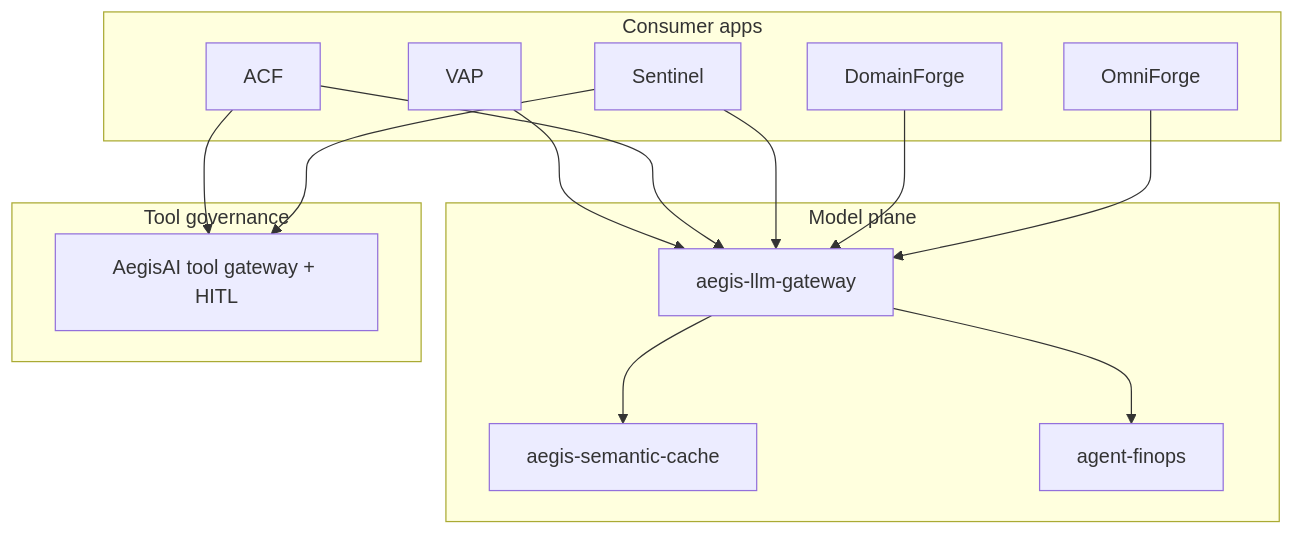
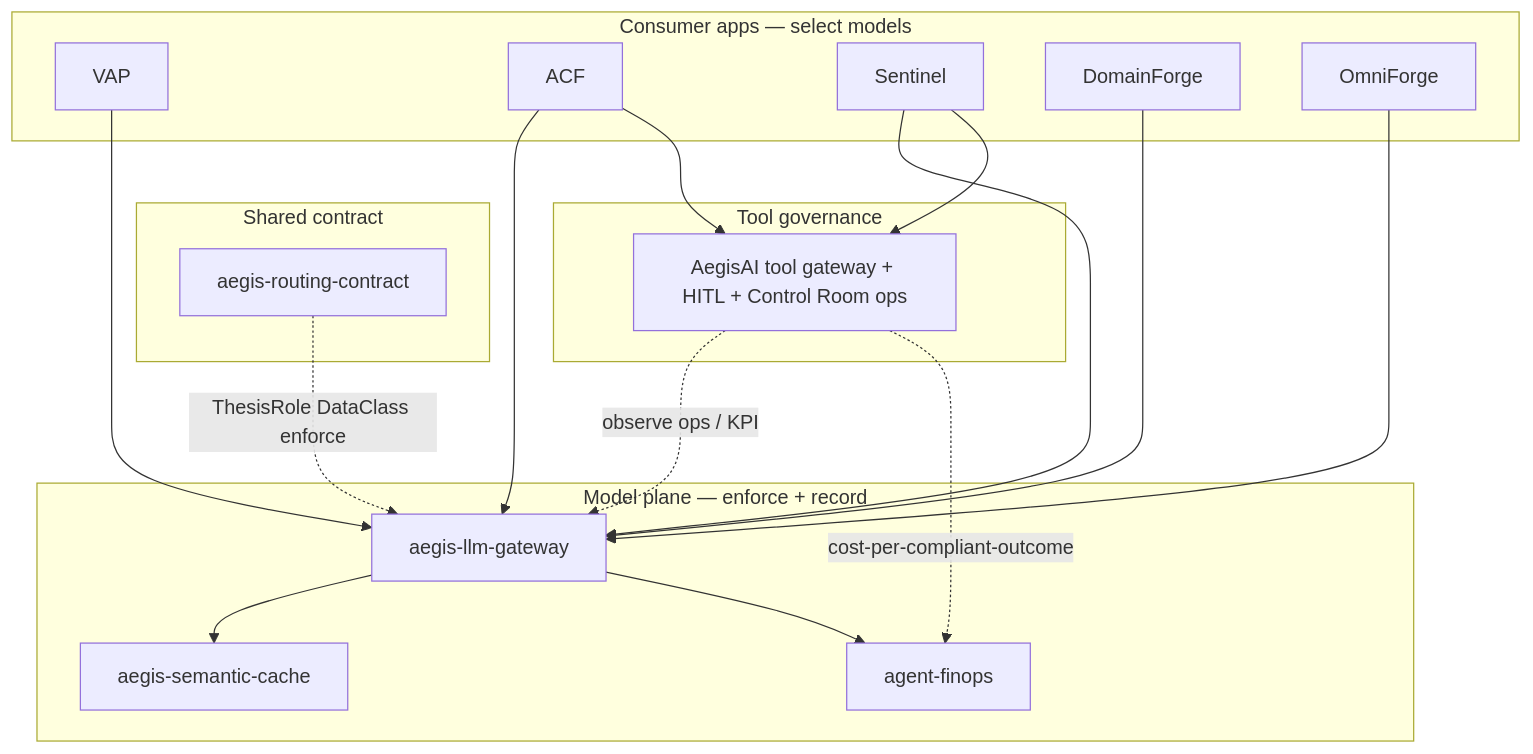
One commit to vpeetla-ai/ai-architecture-portfolio changed the first of 2 diagrams in README.md. Above: the diagram before and after it, drawn with Mermaid. The commit also changed other lines of this file and 4 other files, not shown here.

Commit message:
Document live LLM plane URLs and ADR-029 federated diagram.

````diff
--- a/README.md
+++ b/README.md
@@ -69,27 +72,33 @@
 ```mermaid
 flowchart TB
-  subgraph Apps["Consumer apps"]
+  subgraph Apps["Consumer apps — select models"]
     VAP[VAP]
     ACF[ACF]
     SB[Sentinel]
     DF[DomainForge]
     OF[OmniForge]
   end
-  subgraph ModelPlane["Model plane"]
+  subgraph Contract["Shared contract"]
+    RC[aegis-routing-contract]
+  end
+  subgraph ModelPlane["Model plane — enforce + record"]
     GW[aegis-llm-gateway]
     CACHE[aegis-semantic-cache]
     FIN[agent-finops]
   end
   subgraph ToolPlane["Tool governance"]
-    AEGIS[AegisAI tool gateway + HITL]
+    AEGIS[AegisAI tool gateway + HITL + Control Room ops]
   end
   VAP --> GW
   ACF --> GW
   SB --> GW
   DF --> GW
   OF --> GW
+  RC -.->|ThesisRole DataClass enforce| GW
   GW --> CACHE
   GW --> FIN
+  AEGIS -.->|observe ops / KPI| GW
+  AEGIS -.->|cost-per-compliant-outcome| FIN
   ACF --> AEGIS
   SB --> AEGIS
 ```
````
